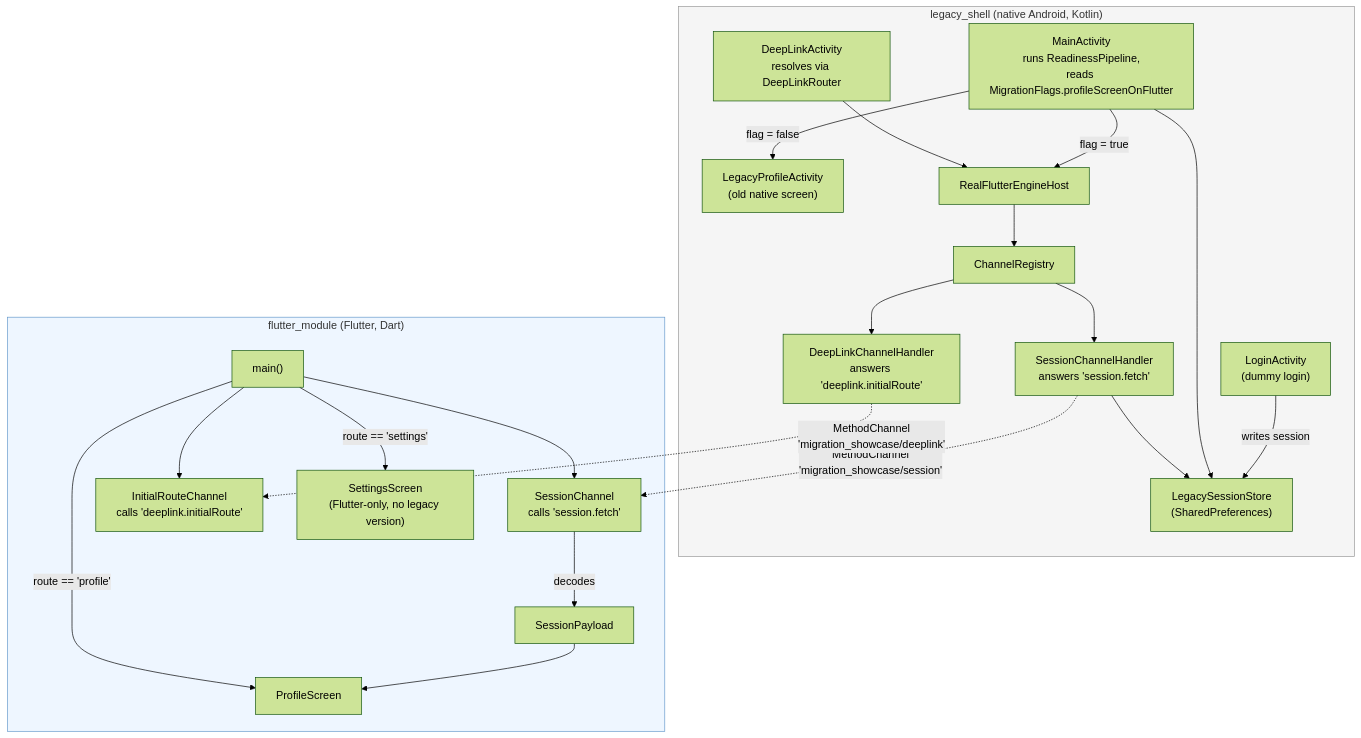
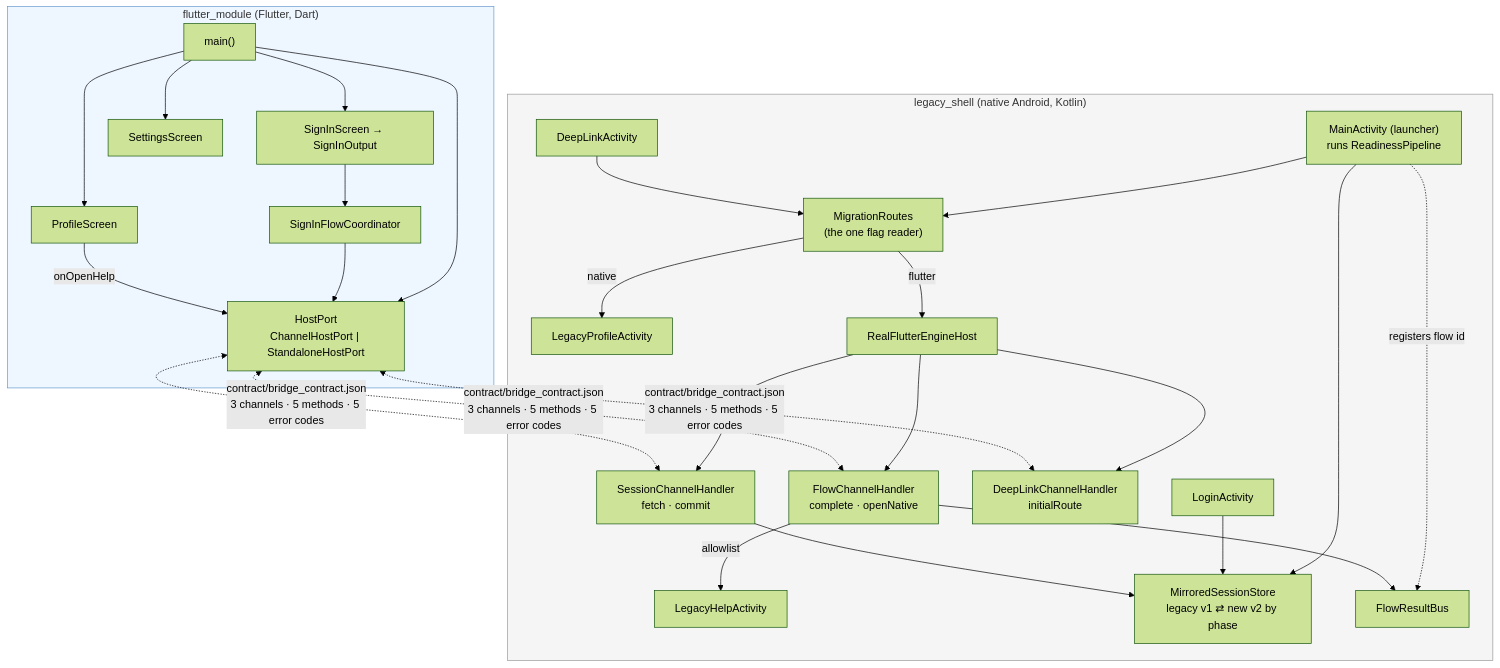
The first of 4 diagrams in docs/architecture.md (arkariz/flutter-native-migration-showcase), drawn with Mermaid (forest theme) before and after one commit. The commit also changed other lines of this file and 89 other files, not shown here.

First line of the commit message:
Add state migration, typed readiness, flow lifecycle and a shared bridge contract

````diff
--- a/docs/architecture.md
+++ b/docs/architecture.md
@@ -12,46 +12,48 @@
 ```mermaid
 flowchart TB
     subgraph legacy["legacy_shell (native Android, Kotlin)"]
-        Login["LoginActivity<br/>(dummy login)"]
-        Main["MainActivity<br/>runs ReadinessPipeline,<br/>reads MigrationFlags.profileScreenOnFlutter"]
-        DeepLink["DeepLinkActivity<br/>resolves via DeepLinkRouter"]
-        LegacyProfile["LegacyProfileActivity<br/>(old native screen)"]
-        Store["LegacySessionStore<br/>(SharedPreferences)"]
+        Main["MainActivity (launcher)<br/>runs ReadinessPipeline"]
+        Login["LoginActivity"]
+        DeepLink["DeepLinkActivity"]
+        LegacyProfile["LegacyProfileActivity"]
+        Help["LegacyHelpActivity"]
+        Routes["MigrationRoutes<br/>(the one flag reader)"]
+        Store["MirroredSessionStore<br/>legacy v1 ⇄ new v2 by phase"]
+        Bus["FlowResultBus"]
         Host["RealFlutterEngineHost"]
-        Registry["ChannelRegistry"]
-        SessionH["SessionChannelHandler<br/>answers 'session.fetch'"]
-        DeepLinkH["DeepLinkChannelHandler<br/>answers 'deeplink.initialRoute'"]
+        SessionH["SessionChannelHandler<br/>fetch · commit"]
+        DeepLinkH["DeepLinkChannelHandler<br/>initialRoute"]
+        FlowH["FlowChannelHandler<br/>complete · openNative"]
 
-        Login -->|writes session| Store
+        Main --> Routes
+        DeepLink --> Routes
         Main --> Store
-        Main -->|flag = false| LegacyProfile
-        Main -->|flag = true| Host
-        DeepLink --> Host
-        Host --> Registry
-        Registry --> SessionH
-        Registry --> DeepLinkH
+        Login --> Store
+        Routes -->|native| LegacyProfile
+        Routes -->|flutter| Host
+        Main -.->|registers flow id| Bus
+        Host --> SessionH & DeepLinkH & FlowH
         SessionH --> Store
+        FlowH --> Bus
+        FlowH -->|allowlist| Help
     end
 
     subgraph flutter["flutter_module (Flutter, Dart)"]
-        Main_dart["main()"]
-        Channel["SessionChannel<br/>calls 'session.fetch'"]
-        RouteChannel["InitialRouteChannel<br/>calls 'deeplink.initialRoute'"]
-        Payload["SessionPayload"]
-        ProfileScreen["ProfileScreen"]
-        SettingsScreen["SettingsScreen<br/>(Flutter-only, no legacy version)"]
+        MainDart["main()"]
+        Port["HostPort<br/>ChannelHostPort | StandaloneHostPort"]
+        SignIn["SignInScreen → SignInOutput"]
+        Coord["SignInFlowCoordinator"]
+        Profile["ProfileScreen"]
+        Settings["SettingsScreen"]
 
-        Main_dart --> Channel
-        Main_dart --> RouteChannel
-        Channel -->|decodes| Payload
-        Payload --> ProfileScreen
-        Main_dart -->|route == 'settings'| SettingsScreen
-        Main_dart -->|route == 'profile'| ProfileScreen
+        MainDart --> Port
+        SignIn --> Coord --> Port
+        Profile -->|onOpenHelp| Port
+        MainDart --> SignIn & Profile & Settings
     end
 
-    SessionH -.->|"MethodChannel<br/>'migration_showcase/session'"| Channel
-    DeepLinkH -.->|"MethodChannel<br/>'migration_showcase/deeplink'"| RouteChannel
+    Port <-.->|"contract/bridge_contract.json<br/>3 channels · 5 methods · 5 error codes"| SessionH & DeepLinkH & FlowH
 
     style legacy fill:#f5f5f5,stroke:#999
     style flutter fill:#eef6ff,stroke:#6699cc
 ```
````
